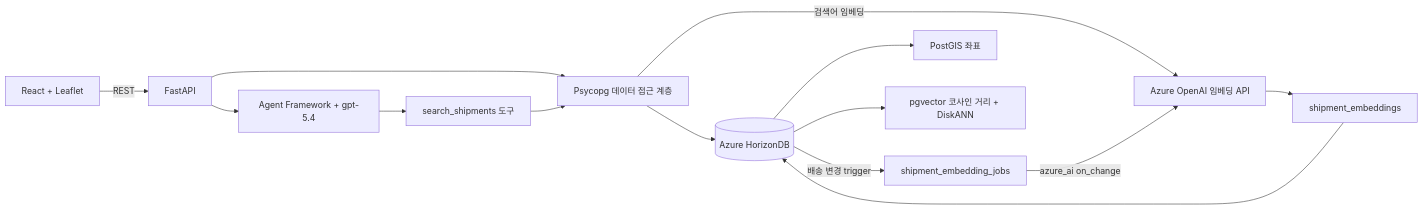
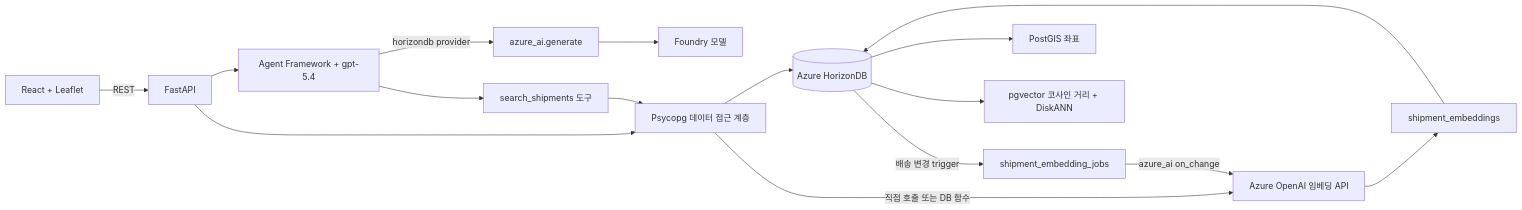
The first of 2 diagrams in README.md (kyungtaak/fleet-intelligence-on-horizondb), drawn with Mermaid before and after one commit. The commit also changed other lines of this file and 50 other files, not shown here.

````diff
--- a/README.md
+++ b/README.md
@@ -29,16 +44,18 @@
 ```mermaid
 flowchart LR
     Browser[React + Leaflet] -->|REST| API[FastAPI]
     API --> Agent[Agent Framework + gpt-5.4]
     Agent --> Tool[search_shipments 도구]
+    Agent -->|horizondb provider| Generate[azure_ai.generate]
+    Generate --> Foundry[Foundry 모델]
     API --> Repo[Psycopg 데이터 접근 계층]
     Tool --> Repo
     Repo --> DB[(Azure HorizonDB)]
-    Repo -->|검색어 임베딩| Embeddings[Azure OpenAI 임베딩 API]
+    Repo -->|직접 호출 또는 DB 함수| Embeddings[Azure OpenAI 임베딩 API]
     DB -->|배송 변경 trigger| Jobs[shipment_embedding_jobs]
     Jobs -->|azure_ai on_change| Embeddings
     Embeddings --> Sink[shipment_embeddings]
     Sink --> DB
     DB --> PostGIS[PostGIS 좌표]
     DB --> Vector[pgvector 코사인 거리 + DiskANN]
 ```
````
